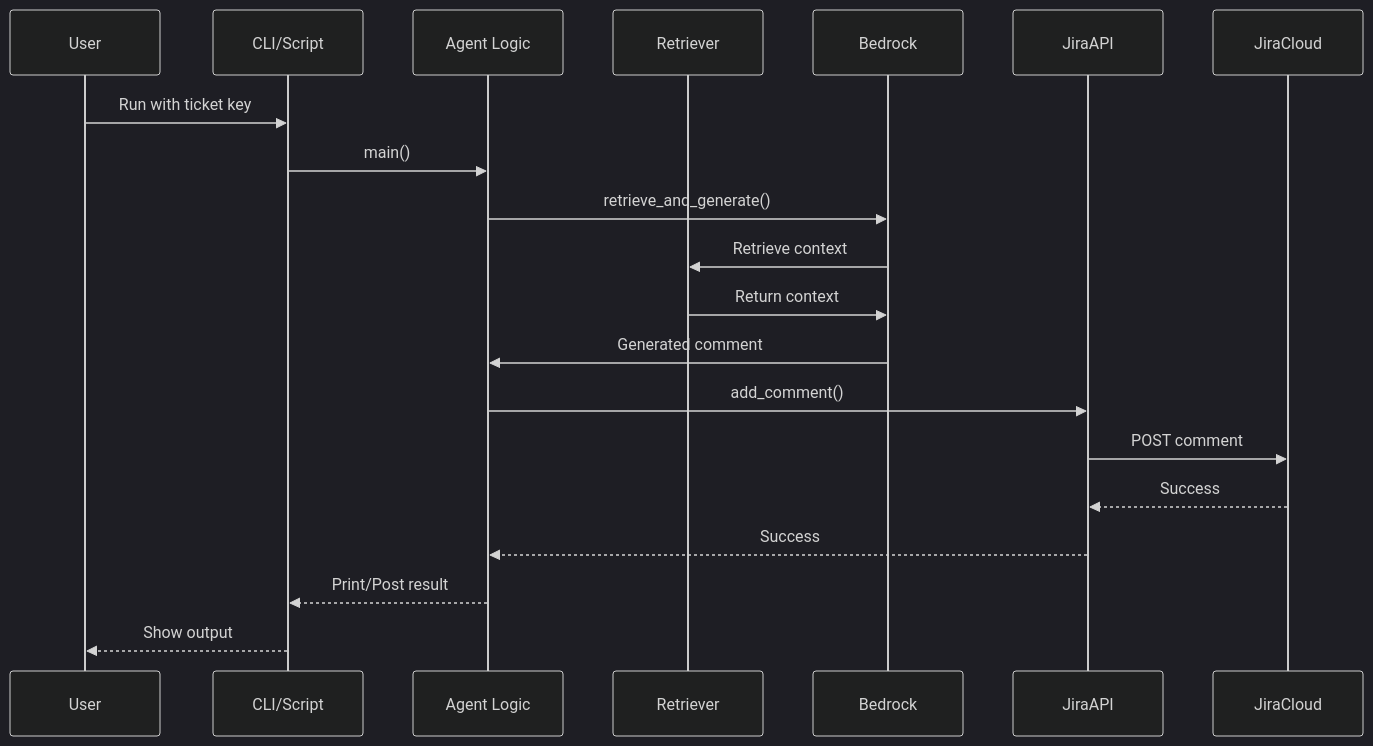
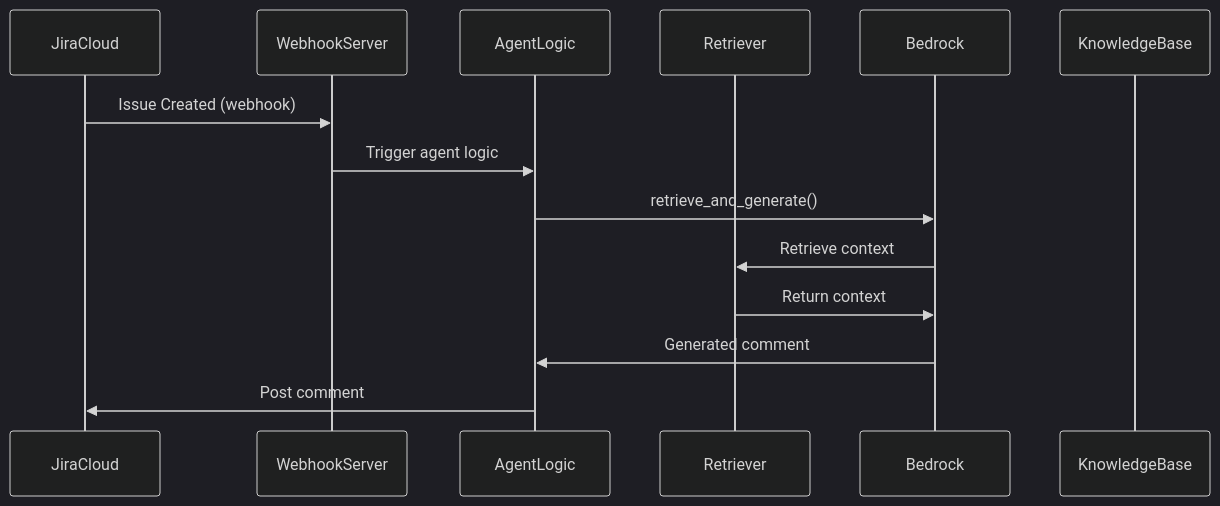
Before and after one commit to AgnesYYQ/jira-rag-assistant: the second of 2 diagrams in README.md, drawn with Mermaid (dark theme). The commit also changed other lines of this file and 5 other files, not shown here.

Commit message:
Trigger Agent on JIRA Creation

````diff
--- a/README.md
+++ b/README.md
@@ -40,22 +38,16 @@
 ```mermaid
 sequenceDiagram
-  participant User
-  participant CLI as CLI/Script
-  participant Agent as Agent Logic
+  participant Jira as JiraCloud
+  participant Webhook as WebhookServer
+  participant Agent as AgentLogic
   participant Retriever
   participant Bedrock
-  participant JiraAPI
-  participant JiraCloud
-  User->>CLI: Run with ticket key
-  CLI->>Agent: main()
+  participant KnowledgeBase
+  Jira->>Webhook: Issue Created (webhook)
+  Webhook->>Agent: Trigger agent logic
   Agent->>Bedrock: retrieve_and_generate()
   Bedrock->>Retriever: Retrieve context
   Retriever->>Bedrock: Return context
   Bedrock->>Agent: Generated comment
-  Agent->>JiraAPI: add_comment()
-  JiraAPI->>JiraCloud: POST comment
-  JiraCloud-->>JiraAPI: Success
-  JiraAPI-->>Agent: Success
-  Agent-->>CLI: Print/Post result
-  CLI-->>User: Show output
+  Agent->>Jira: Post comment
 ```
````
